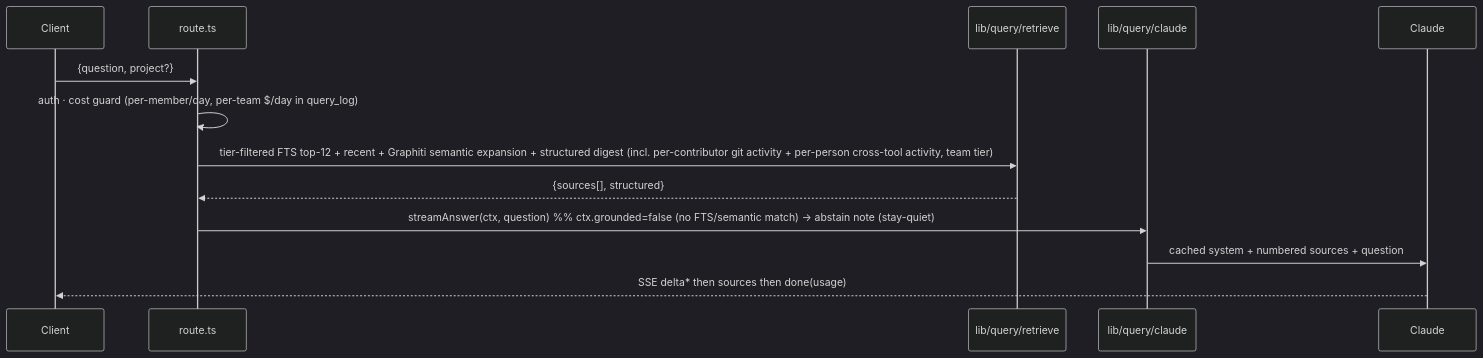
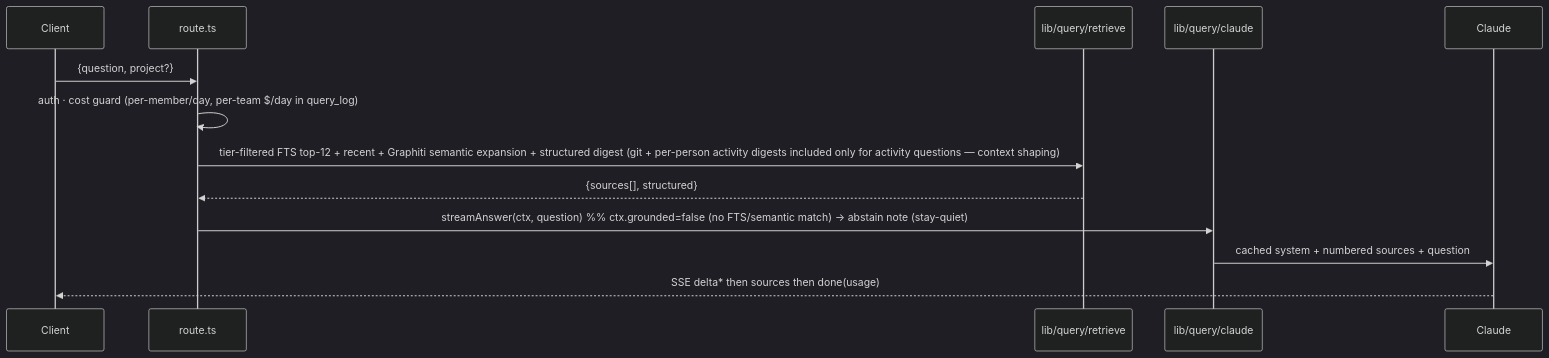
The third of 7 diagrams in docs/ARCHITECTURE.md (aiosbrain/aios-team-brain), drawn with Mermaid (dark theme) before and after one commit. The commit also changed 3 other files, not shown here.

First line of the commit message:
feat(query): context shaping — gate the heavy activity digests by query intent

````diff
--- a/docs/ARCHITECTURE.md
+++ b/docs/ARCHITECTURE.md
@@ -130,15 +130,15 @@
 ```mermaid
 sequenceDiagram
   participant U as Client
   participant Q as route.ts
   participant RET as lib/query/retrieve
   participant CL as lib/query/claude
   participant LLM as Claude
   U->>Q: {question, project?}
   Q->>Q: auth · cost guard (per-member/day, per-team $/day in query_log)
-  Q->>RET: tier-filtered FTS top-12 + recent + Graphiti semantic expansion + structured digest (incl. per-contributor git activity + per-person cross-tool activity, team tier)
+  Q->>RET: tier-filtered FTS top-12 + recent + Graphiti semantic expansion + structured digest (git + per-person activity digests included only for activity questions — context shaping)
   RET-->>Q: {sources[], structured}
   Q->>CL: streamAnswer(ctx, question)  %% ctx.grounded=false (no FTS/semantic match) → abstain note (stay-quiet)
   CL->>LLM: cached system + numbered sources + question
   LLM-->>U: SSE delta* then sources then done(usage)
 ```
````
